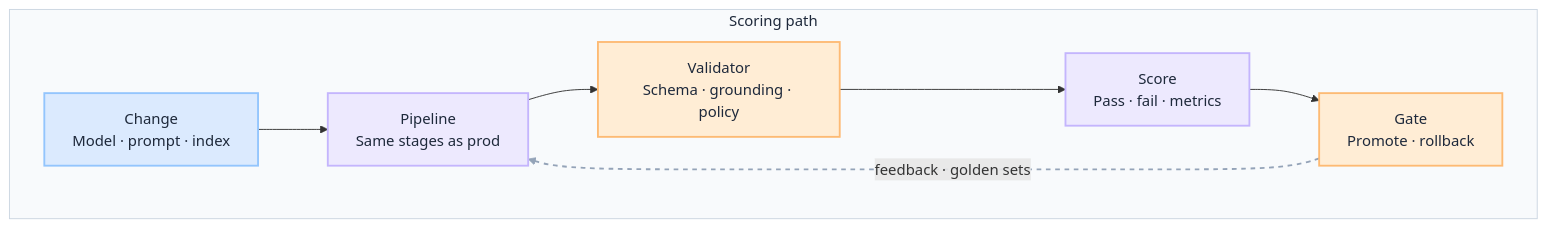
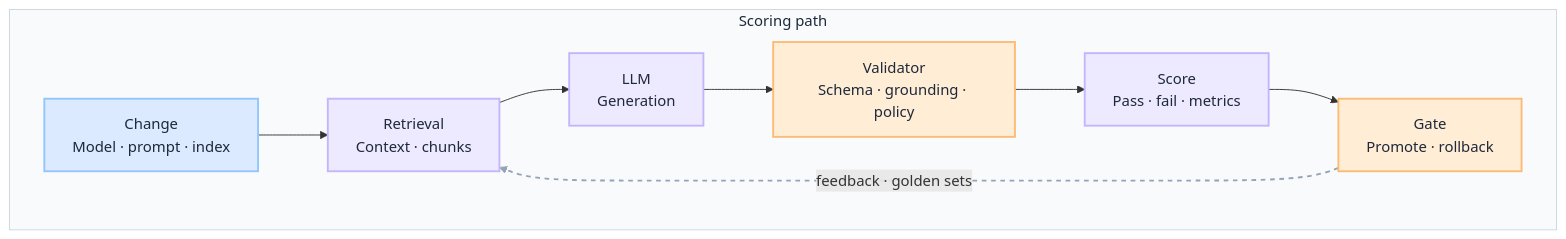
One commit to iamsharmajitender/gain changed the first of 3 diagrams in docs/frameworks/gain-evaluation.mdx. Above: the diagram before and after it, drawn with Mermaid. The commit also changed other lines of this file and 4 other files, not shown here.

````diff
--- a/docs/frameworks/gain-evaluation.mdx
+++ b/docs/frameworks/gain-evaluation.mdx
@@ -87,26 +87,27 @@
 ```mermaid
 flowchart LR
     subgraph path["Scoring path"]
         direction LR
         C["Change<br/>Model · prompt · index"]
-        P["Pipeline<br/>Same stages as prod"]
+        R["Retrieval<br/>Context · chunks"]
+        L["LLM<br/>Generation"]
         V["Validator<br/>Schema · grounding · policy"]
         S["Score<br/>Pass · fail · metrics"]
-        G["Gate<br/>Promote · rollback"]
+        GATE["Gate<br/>Promote · rollback"]
     end
 
-    C --> P --> V --> S --> G
-    G -. "feedback · golden sets" .-> P
+    C --> R --> L --> V --> S --> GATE
+    GATE -. "feedback · golden sets" .-> R
 
     classDef product fill:#dbeafe,stroke:#93c5fd,color:#1e293b,stroke-width:2px
     classDef gate fill:#ffedd5,stroke:#fdba74,color:#1e293b,stroke-width:2px
     classDef process fill:#ede9fe,stroke:#c4b5fd,color:#1e293b,stroke-width:2px
 
-    class C,G product
-    class V,G gate
-    class P,S process
+    class C product
+    class V,GATE gate
+    class R,L,S process
 
     style path fill:#f8fafc,stroke:#cbd5e1,color:#1e293b,stroke-width:1px
 
-    linkStyle 4 stroke:#94a3b8,stroke-width:2px,stroke-dasharray:5 5
+    linkStyle 5 stroke:#94a3b8,stroke-width:2px,stroke-dasharray:5 5
 ```
````
